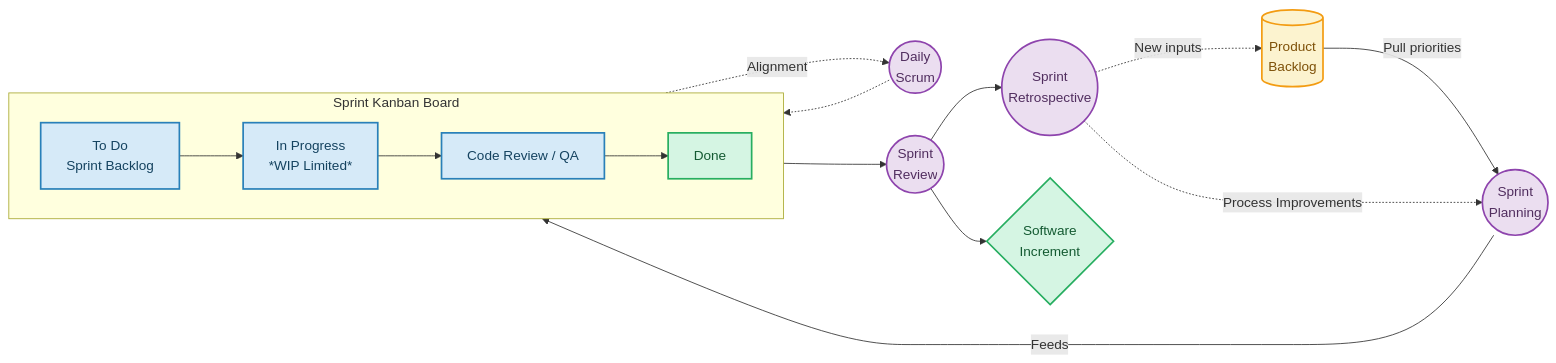
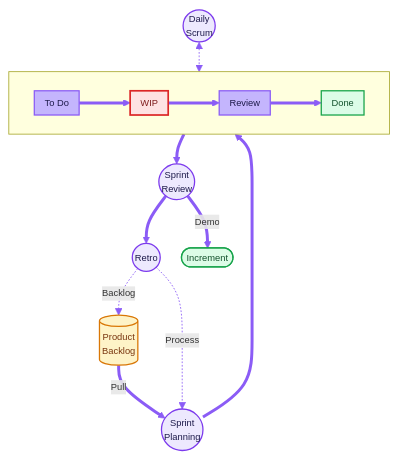
The second of 2 diagrams in content/blog/management/tech-teams-management.en.md (vdufloth/vdufloth.com), drawn with Mermaid before and after one commit. The commit also changed other lines of this file and 2 other files, not shown here.

Commit message:
Extend Plex serif design system to articles and pages
- Add site-wide typography in head-end partial scoped to Hextra's
  .content wrapper and main > h1 (home keeps its own .home-mono block)
- Plex Serif body and headings, Plex Mono code/time, fading hairline
  divider above each h2 matching home posts-section
- Replace waterfall and sprint diagrams in tech-teams-management with
  the unified purple palette; compact sprint flow to fit narrower
  column (smaller font, tighter spacing, shorter labels)

````diff
--- a/content/blog/management/tech-teams-management.en.md
+++ b/content/blog/management/tech-teams-management.en.md
@@ -185,37 +172,37 @@
 ```mermaid
-flowchart LR
-    %% Style definitions
-    classDef backlog fill:#fcf3cf,stroke:#f39c12,stroke-width:2px,color:#7e5109
-    classDef meeting fill:#ebdef0,stroke:#8e44ad,stroke-width:2px,color:#512e5f
-    classDef kanban fill:#d6eaf8,stroke:#2980b9,stroke-width:2px,color:#154360
-    classDef done fill:#d5f5e3,stroke:#27ae60,stroke-width:2px,color:#145a32
+%%{init: {'flowchart':{'nodeSpacing':25,'rankSpacing':35,'padding':6},'themeVariables':{'fontSize':'11px'}}}%%
+flowchart TB
+    classDef store fill:#fef3c7,stroke:#d97706,stroke-width:1.5px,color:#78350f
+    classDef ceremony fill:#ede9fe,stroke:#7c3aed,stroke-width:1.5px,color:#1e1b4b
+    classDef workitem fill:#c4b5fd,stroke:#8b5cf6,stroke-width:1.5px,color:#1e1b4b
+    classDef wiplimit fill:#fee2e2,stroke:#dc2626,stroke-width:2px,color:#7f1d1d
+    classDef outcome fill:#dcfce7,stroke:#16a34a,stroke-width:1.5px,color:#14532d
 
-    %% Backlog and Planning
-    PB[(Product\nBacklog)]:::backlog
-    Plan((Sprint\nPlanning)):::meeting
+    PB[("Product<br/>Backlog")]:::store
+    Plan(("Sprint<br/>Planning")):::ceremony
+    Daily(("Daily<br/>Scrum")):::ceremony
+    Rev(("Sprint<br/>Review")):::ceremony
+    Ret(("Retro")):::ceremony
+    Inc(["Increment"]):::outcome
 
-    PB -->|Pull priorities| Plan
+    PB ==>|Pull| Plan
 
-    %% Execution: Kanban Board
-    subgraph Kanban_Board [Sprint Kanban Board]
+    subgraph Board [" "]
         direction LR
-        TD[To Do\nSprint Backlog]:::kanban --> IP[In Progress\n*WIP Limited*]:::kanban
-        IP --> CR[Code Review / QA]:::kanban
-        CR --> D[Done]:::done
+        TD["To Do"]:::workitem
+        IP["WIP"]:::wiplimit
+        CR["Review"]:::workitem
+        D["Done"]:::outcome
+        TD ==> IP ==> CR ==> D
     end
 
-    Plan -->|Feeds| TD
+    Plan ==> TD
+    Daily <-.-> IP
+    D ==> Rev
+    Rev ==>|Demo| Inc
+    Rev ==> Ret
+    Ret -.->|Process| Plan
+    Ret -.->|Backlog| PB
 
-    %% Ceremonies and Integration
-    Daily((Daily\nScrum)):::meeting
-    IP -.->|Alignment| Daily
-    Daily -.-> IP
-
-    D --> Rev((Sprint\nReview)):::meeting
-    Rev --> Ret((Sprint\nRetrospective)):::meeting
-    Rev --> Delivery{Software\nIncrement}:::done
-
-    %% Continuous Improvement Loop
-    Ret -.->|Process Improvements| Plan
-    Ret -.->|New inputs| PB
+    linkStyle default stroke:#8b5cf6
 ```
````
